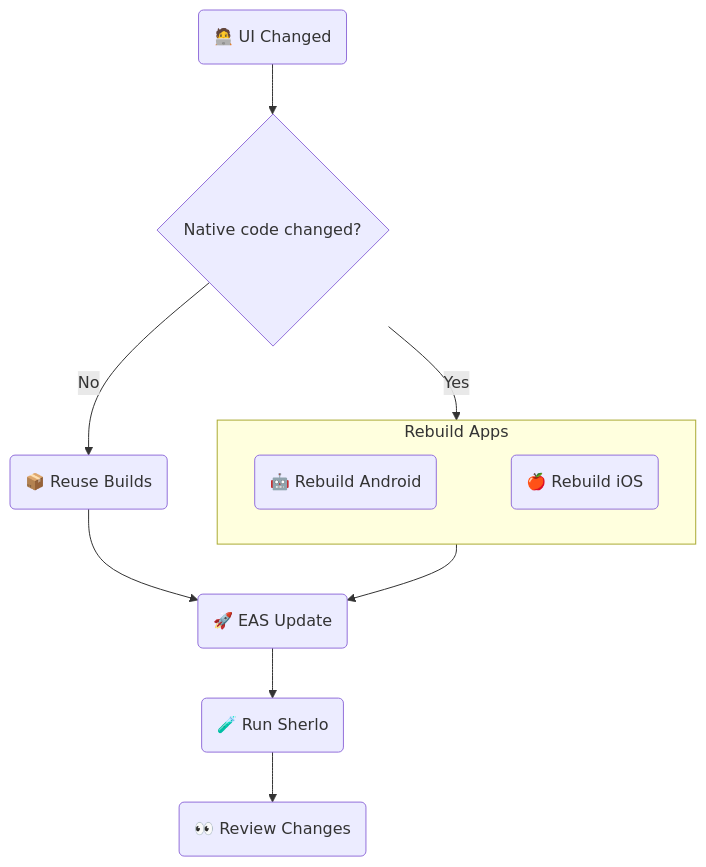
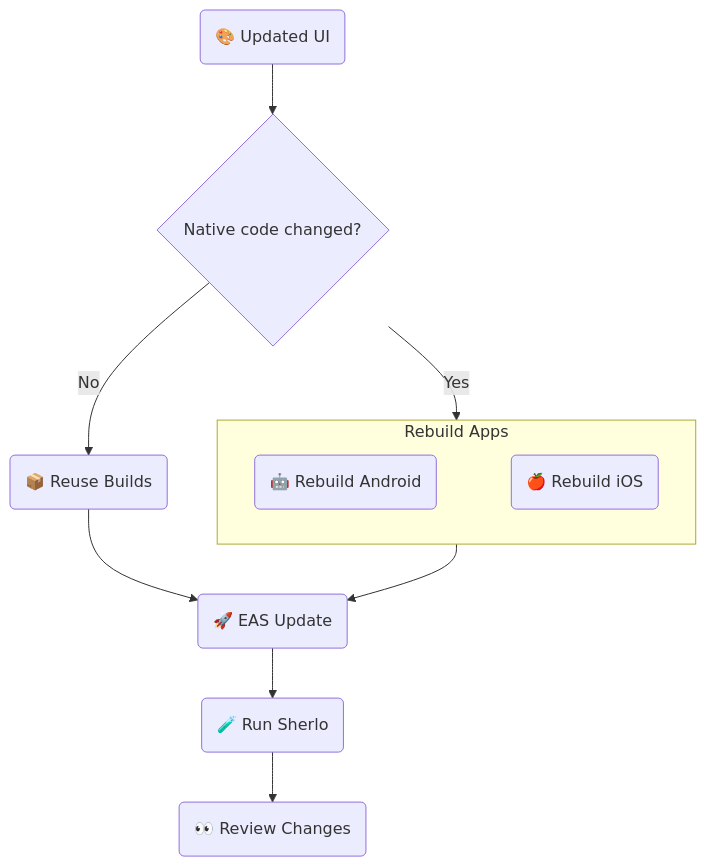
One commit to sherlo-io/sherlo changed the diagram in examples/eas-update/README.md. Above: the diagram before and after it, drawn with Mermaid.

Commit message:
no message

````diff
--- a/examples/eas-update/README.md
+++ b/examples/eas-update/README.md
@@ -13,23 +13,23 @@
 ```mermaid
 flowchart TB
-   UI(🧑‍💻 UI Changed)
+   UI(🎨 Updated UI)
    Check{Native code changed?}
    Reuse(📦 Reuse Builds)
    Update(🚀 EAS Update)
    Sherlo(🧪 Run Sherlo)
    Review(👀 Review Changes)
 
    subgraph Rebuild[Rebuild Apps]
       direction LR
       Android(🤖 Rebuild Android)
       iOS(🍎 Rebuild iOS)
       Android ~~~ iOS
    end
 
    UI --> Check
    Check -->|No| Reuse
    Check -->|Yes| Rebuild
    Reuse & Rebuild --> Update
    Update --> Sherlo
    Sherlo --> Review
 ```
````
